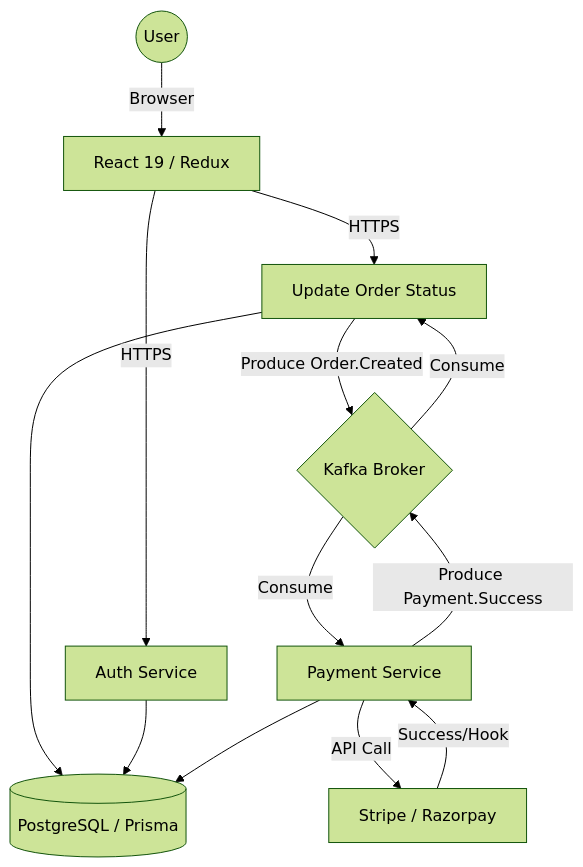
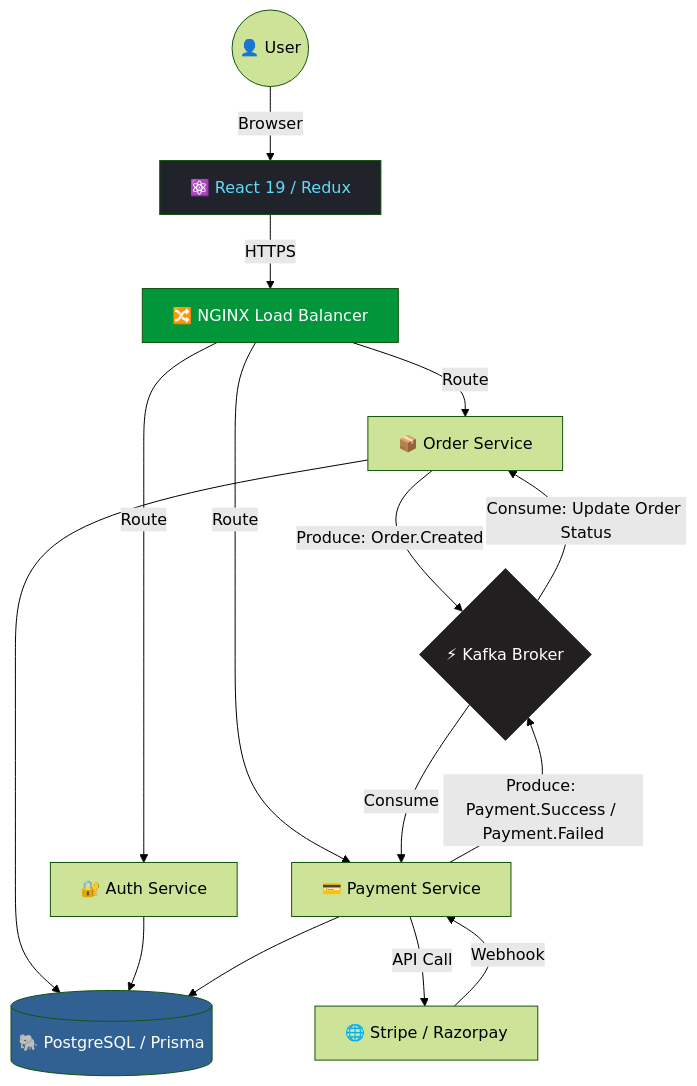
One commit to Nagaraj-06/foodie_app changed the diagram in README.md. Above: the diagram before and after it, drawn with Mermaid (forest theme). The commit also changed other lines of this file, not shown here.

````diff
--- a/README.md
+++ b/README.md
@@ -137,19 +125,27 @@
 ```mermaid
 graph TD
-    User((User)) -->|Browser| UI[React 19 / Redux]
-    UI -->|HTTPS| AuthS[Auth Service]
-    UI -->|HTTPS| OrderS[Order Service]
-    
-    OrderS -->|Produce Order.Created| Kafka{Kafka Broker}
-    Kafka -->|Consume| PayS[Payment Service]
-    
-    PayS -->|API Call| Stripe[Stripe / Razorpay]
-    Stripe -->|Success/Hook| PayS
-    
-    PayS -->|Produce Payment.Success| Kafka
-    Kafka -->|Consume| OrderS[Update Order Status]
-    
-    OrderS --> DB[(PostgreSQL / Prisma)]
-    AuthS --> DB
-    PayS --> DB
+    User((👤 User)) -->|Browser| UI[⚛️ React 19 / Redux]
+
+    UI -->|HTTPS| NGINX[🔀 NGINX Load Balancer]
+    NGINX -->|Route| AuthS[🔐 Auth Service]
+    NGINX -->|Route| OrderS[📦 Order Service]
+    NGINX -->|Route| PayS[💳 Payment Service]
+
+    OrderS -->|Produce: Order.Created| Kafka{⚡ Kafka Broker}
+    Kafka   -->|Consume| PayS
+
+    PayS    -->|API Call| Gateway[🌐 Stripe / Razorpay]
+    Gateway -->|Webhook| PayS
+
+    PayS    -->|Produce: Payment.Success / Payment.Failed| Kafka
+    Kafka   -->|Consume: Update Order Status| OrderS
+
+    OrderS --> DB[(🐘 PostgreSQL / Prisma)]
+    AuthS  --> DB
+    PayS   --> DB
+
+    style Kafka fill:#231F20,color:#fff
+    style DB fill:#316192,color:#fff
+    style NGINX fill:#009639,color:#fff
+    style UI fill:#20232a,color:#61DAFB
 ```
````
